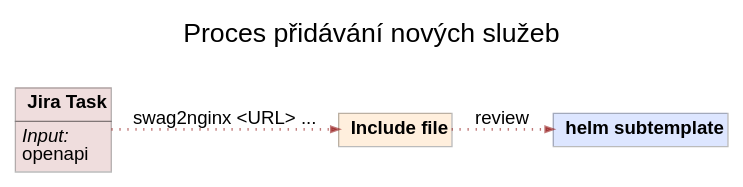
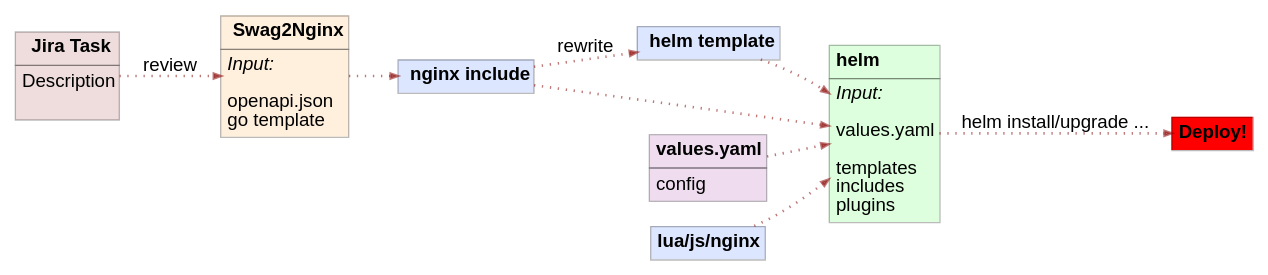
Before and after one commit to veldrane/feg-f5-apigw: the diagram in diagrams/apiprocess/diagram.dot, drawn with Graphviz. The commit also changed 7 other files, not shown here.

Commit message:
feat(core): add more diagrams

```diff
--- a/diagrams/apiprocess/diagram.dot
+++ b/diagrams/apiprocess/diagram.dot
@@ -1,52 +1,96 @@
 digraph git_basics {
 	graph [
-		label = "Proces přidávání nových služeb\n\n"
+		label = ""
 		labelloc = t
 		fontname = "Helvetica,Arial,sans-serif"
 		fontsize = 20
 		layout = dot
 		rankdir = LR
 		newrank = true
 	]
 	node [
 		style=filled
 		shape=rect
 		pencolor="#00000044" // frames color
 		fontname="Helvetica,Arial,sans-serif"
 		shape=plaintext
 	]
 	edge [
 		arrowsize=0.5
 		fontname="Helvetica,Arial,sans-serif"
 		labeldistance=3
 		labelfontcolor="#00000080"
 		penwidth=2
 		style=dotted // dotted style symbolizes data transfer
 	]
 	task  [
 		color="#88000022"
 		label=<<table border="0" cellborder="1" cellspacing="0" cellpadding="4">
 			<tr> <td> <b>Jira Task</b><br/></td> </tr>
-			<tr> <td align="left"><i>Input: </i><br align="left"/>
-			openapi
-			<br align="left"/></td> </tr>
+			<tr> <td align="left">Description<br align="left"/><br align="left"/></td> </tr>
 		</table>>
 		shape=plain
 	]
-	include [
+	swag2nginx [
 		fillcolor="#ff880022"
 		label=<<table border="0" cellborder="1" cellspacing="0" cellpadding="4">
-			<tr> <td align="left"> <b>Include file</b><br/></td> </tr>
+			<tr> <td align="left"> <b>Swag2Nginx</b><br/></td> </tr>
+			<tr> <td align="left"><i>Input: </i><br align="left"/><br align="left"/>openapi.json<br align="left"/>go template<br align="left"/></td></tr>
 		</table>>
 		shape=plain
 	]
-	task -> include [label="swag2nginx <URL> ..." color="#88000088"]
+	task -> swag2nginx [label="review" color="#88000088"]
+	include [
+		fillcolor="#0044ff22"
+		label=<<table border="0" cellborder="1" cellspacing="0" cellpadding="4">
+			<tr> <td align="left"> <b>nginx include</b><br/></td> </tr>
+		</table>>
+		shape=plain
+	]
+	swag2nginx -> include [label="" color="#88000088"]
 	template [
 		fillcolor="#0044ff22"
 		label=<<table border="0" cellborder="1" cellspacing="0" cellpadding="4">
-			<tr> <td align="left"> <b>helm subtemplate</b><br/></td> </tr>
+			<tr> <td align="left"> <b>helm template</b><br/></td> </tr>
 		</table>>
 		shape=plain
 	]
-	include -> template [label="review" color="#88000088"]
+	include -> template [label="rewrite" color="#88000088"]
+	value [
+		fillcolor="#88008822"
+		label=<<table border="0" cellborder="1" cellspacing="0" cellpadding="4">
+			<tr> <td align="left"><b>values.yaml</b></td> </tr>
+			<tr> <td align="left">config<br align="left"/></td></tr>
+		</table>>
+		shape=plain
+	]
+	plugin [
+		fillcolor="#0044ff22"
+		label=<<table border="0" cellborder="1" cellspacing="0" cellpadding="4">
+			<tr> <td align="left"><b>lua/js/nginx</b></td> </tr>
+		</table>>
+		shape=plain
+	]
+	helm [
+		fillcolor="#00ff0022"
+		label=<<table border="0" cellborder="1" cellspacing="0" cellpadding="4">
+			<tr> <td align="left"><b>helm</b><br/></td> </tr>
+			<tr> <td align="left">
+				<i>Input: </i><br align="left"/><br align="left"/>values.yaml<br align="left"/><br align="left"/>templates<br align="left"/>includes<br align="left"/>plugins<br align="left"/>
+			</td></tr>
+		</table>>
+		shape=plain
+	]
+	value -> helm [label="" color="#88000088"]
+	include -> helm [label="" color="#88000088"]
+	template -> helm [label="" color="#88000088"]
+	plugin -> helm [label="" color="#88000088"]
+	deploy [
+		fillcolor="#ff0000ff"
+		label=<<table border="0" cellborder="1" cellspacing="0" cellpadding="4">
+			<tr> <td align="left"><b>Deploy!</b></td> </tr>
+		</table>>
+		shape=plain
+	]
+	helm -> deploy [label="helm install/upgrade ..." color="#88000088"]
 }
```
